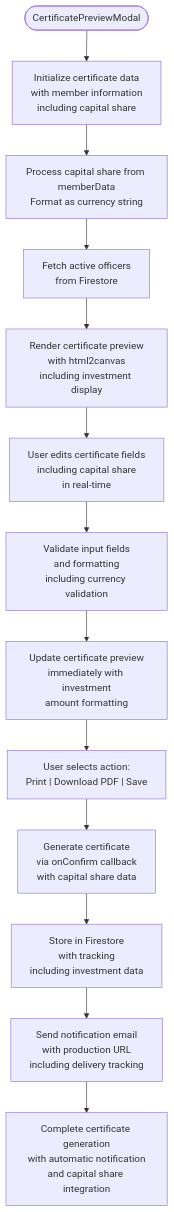
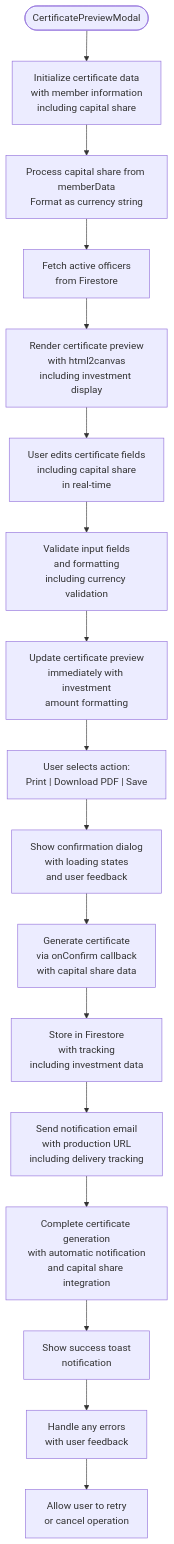
One commit to Unsure-bry/sampacoop_system changed the third of 7 diagrams in .qoder/repowiki/en/content/Email & Notification System/Certificate Generation System.md. Above: the diagram before and after it, drawn with Mermaid. The commit also changed other lines of this file and 9 other files, not shown here.

````diff
--- a/.qoder/repowiki/en/content/Email & Notification System/Certificate Generation System.md
+++ b/.qoder/repowiki/en/content/Email & Notification System/Certificate Generation System.md
@@ -256,15 +273,19 @@
 ```mermaid
 flowchart TD
 Start(["CertificatePreviewModal"]) --> Init["Initialize certificate data<br/>with member information<br/>including capital share"]
 Init --> CapitalShare["Process capital share from memberData<br/>Format as currency string"]
 CapitalShare --> Officers["Fetch active officers<br/>from Firestore"]
 Officers --> Preview["Render certificate preview<br/>with html2canvas<br/>including investment display"]
 Preview --> Edit["User edits certificate fields<br/>including capital share<br/>in real-time"]
 Edit --> Validate["Validate input fields<br/>and formatting<br/>including currency validation"]
 Validate --> Update["Update certificate preview<br/>immediately with investment<br/>amount formatting"]
 Update --> Actions["User selects action:<br/>Print | Download PDF | Save"]
-Actions --> Generate["Generate certificate<br/>via onConfirm callback<br/>with capital share data"]
+Actions --> Confirm["Show confirmation dialog<br/>with loading states<br/>and user feedback"]
+Confirm --> Generate["Generate certificate<br/>via onConfirm callback<br/>with capital share data"]
 Generate --> Store["Store in Firestore<br/>with tracking<br/>including investment data"]
 Store --> Notify["Send notification email<br/>with production URL<br/>including delivery tracking"]
 Notify --> Complete["Complete certificate generation<br/>with automatic notification<br/>and capital share integration"]
+Complete --> Success["Show success toast<br/>notification"]
+Success --> Error["Handle any errors<br/>with user feedback"]
+Error --> Retry["Allow user to retry<br/>or cancel operation"]
 ```
````
